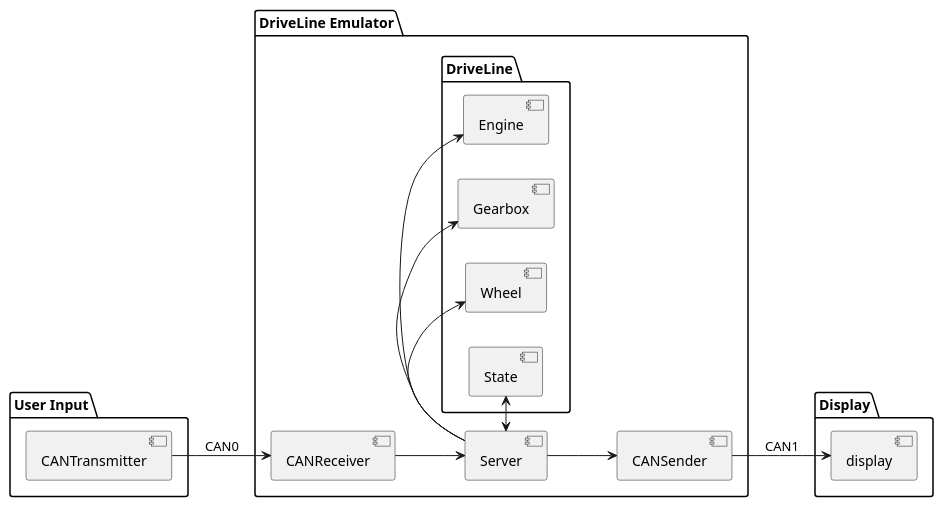
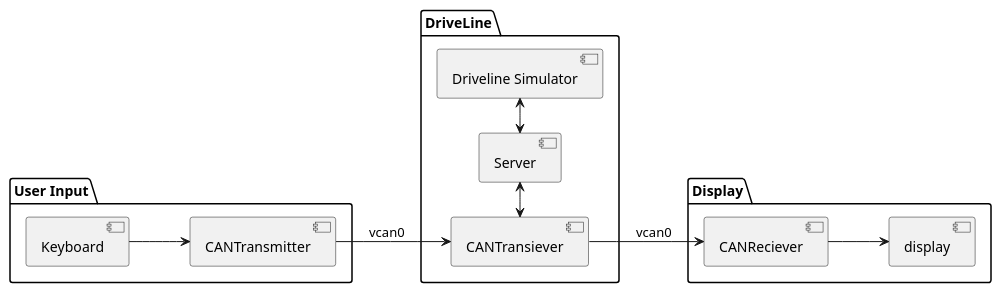
One commit to muncausen/BootCampMidTermLab changed the diagram in Emulator/doc/SWDesign.plantuml. Above: the diagram before and after it, drawn with PlantUML. The commit also changed 6 other files, not shown here.

```diff
--- a/Emulator/doc/SWDesign.plantuml
+++ b/Emulator/doc/SWDesign.plantuml
@@ -1,29 +1,24 @@
 @startuml Swdesign
 left to right direction
 
 package "User Input" {
-  [CANTransmitter]
+  [Keyboard] --> [CANTransmitter]
 }
 
-package "DriveLine Emulator" {
-[CANReceiver]
-[Server]
-package DriveLine{
-
-[Server] ->  [Engine]
-[Server] -> [Gearbox]
-[Server] -> [Wheel] 
-[Server] <-> [State]
-}
-[CANSender]
+package "DriveLine" {
+  [CANTransiever]
+  [Server]
+  [Server] <-> [Driveline Simulator]
 }
 
 package "Display" {
+  [CANReciever]
   [display]
 }
-[CANTransmitter] --> [CANReceiver] : CAN0
-[CANReceiver] --> [Server]
-[Server] -->[CANSender]
-[CANSender] --> [display] : CAN1
+
+[CANTransmitter] --> [CANTransiever] : vcan0
+[CANTransiever] <-> [Server]
+[CANTransiever] --> [CANReciever] : vcan0
+[CANReciever] --> [display]
 
 @enduml
```
